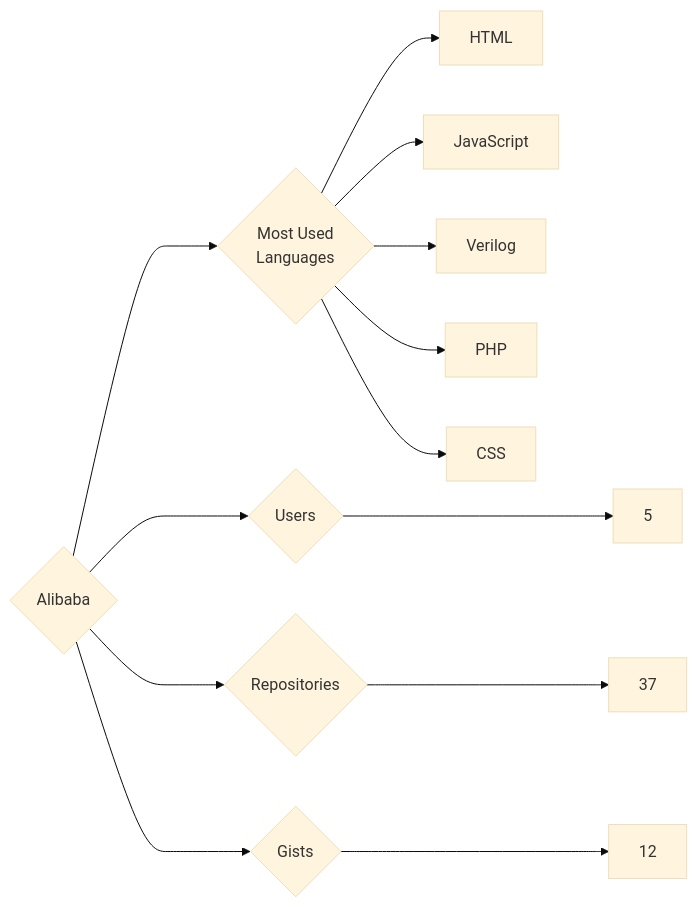
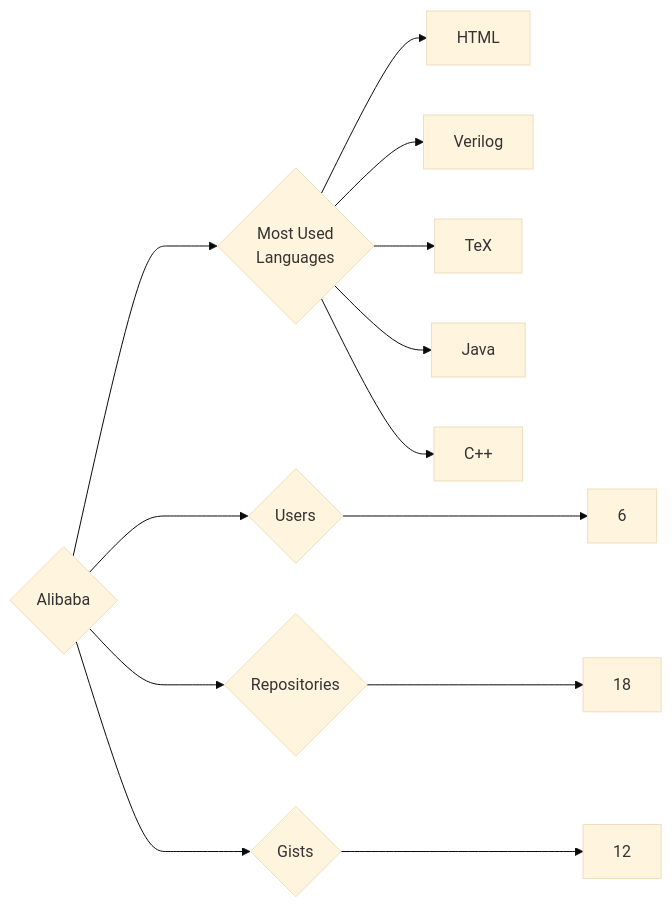
The diagram in targets/Alibaba/README.md (trickest/insiders), drawn with Mermaid (base theme) before and after one commit. The commit also changed 859 other files, not shown here.

````diff
--- a/targets/Alibaba/README.md
+++ b/targets/Alibaba/README.md
@@ -3,13 +3,13 @@
 ```mermaid
 graph LR
 COMPANY_NAME{Alibaba}
-COMPANY_NAME ---> U{Users} ---> UN[5]
-COMPANY_NAME ---> R{Repositories} ---> RN[37]
+COMPANY_NAME ---> U{Users} ---> UN[6]
+COMPANY_NAME ---> R{Repositories} ---> RN[18]
 COMPANY_NAME ---> G{Gists} ---> GN[12]
 COMPANY_NAME ---> ML{Most Used<br>Languages}
 ML --> HTML[HTML]
-ML --> JavaScript[JavaScript]
 ML --> Verilog[Verilog]
-ML --> PHP[PHP]
-ML --> CSS[CSS]
+ML --> TeX[TeX]
+ML --> Java[Java]
+ML --> C++[C++]
 ```
````
